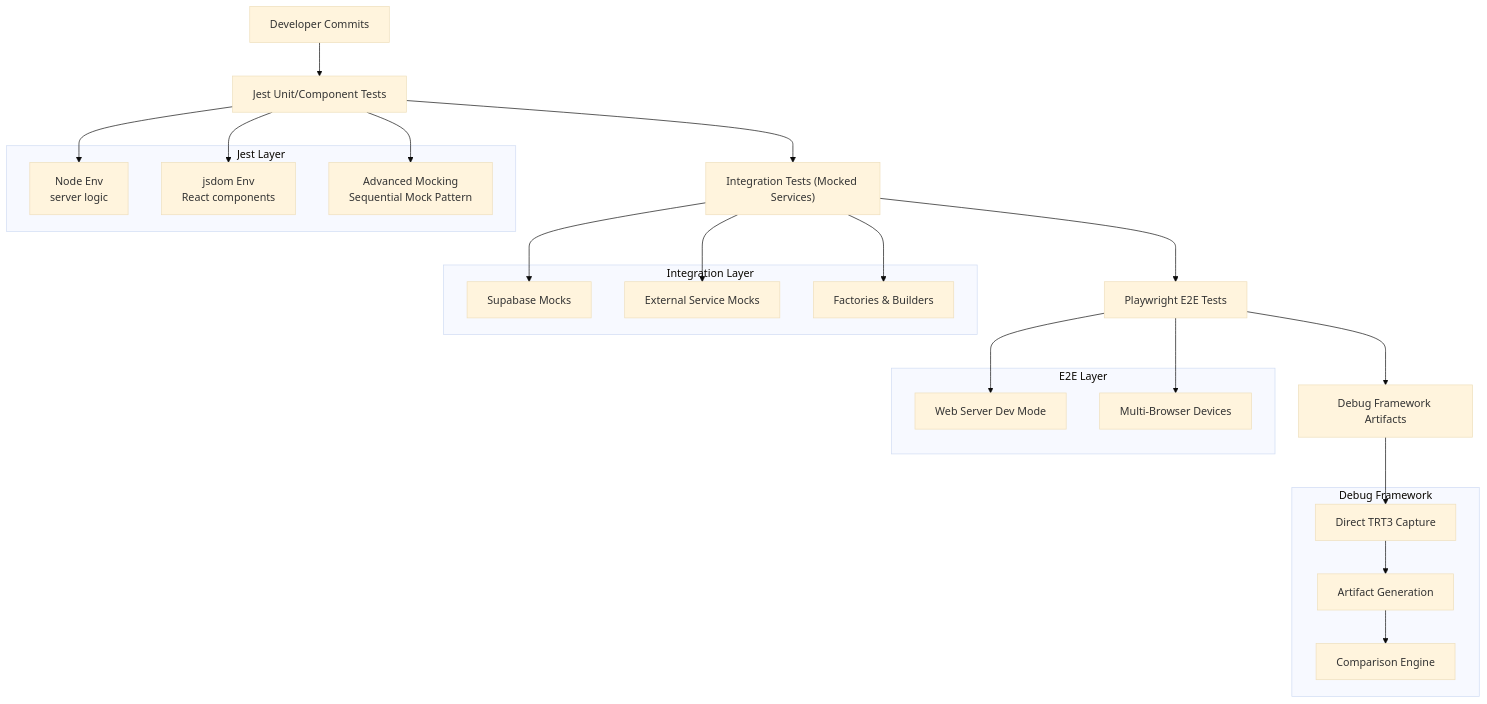
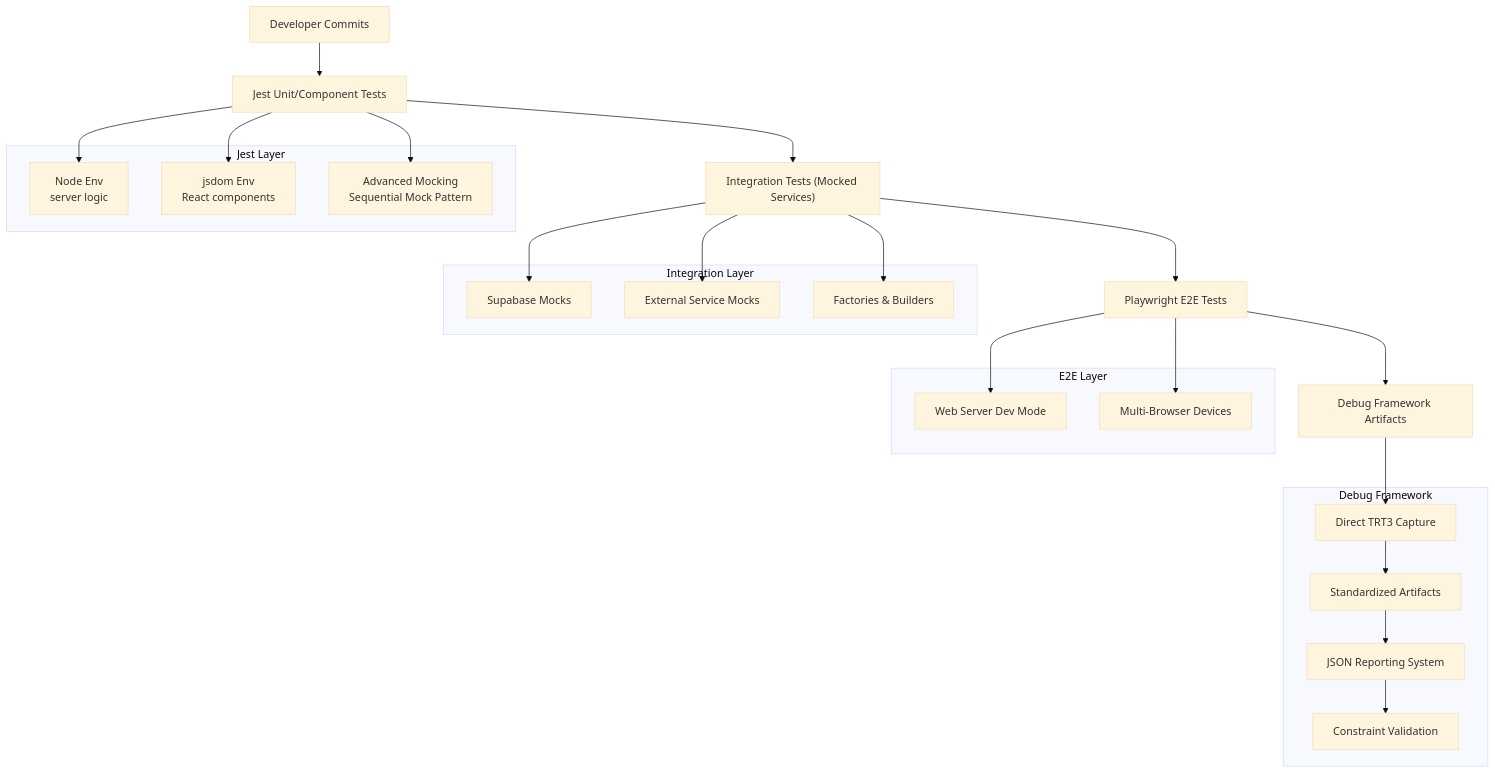
The second of 11 diagrams in .qoder/repowiki/en/content/Development Guide/Testing Strategy and Implementation.md (SinesysTech/zattar-os), drawn with Mermaid (base theme) before and after one commit. The commit also changed other lines of this file and 14 other files, not shown here.

````diff
--- a/.qoder/repowiki/en/content/Development Guide/Testing Strategy and Implementation.md
+++ b/.qoder/repowiki/en/content/Development Guide/Testing Strategy and Implementation.md
@@ -161,37 +199,39 @@
 ```mermaid
 graph TB
 A["Developer Commits"] --> B["Jest Unit/Component Tests"]
 B --> C["Integration Tests (Mocked Services)"]
 C --> D["Playwright E2E Tests"]
 D --> E["Debug Framework Artifacts"]
 subgraph "Jest Layer"
 B1["Node Env<br/>server logic"]
 B2["jsdom Env<br/>React components"]
 B3["Advanced Mocking<br/>Sequential Mock Pattern"]
 end
 subgraph "Integration Layer"
 I1["Supabase Mocks"]
 I2["External Service Mocks"]
 I3["Factories & Builders"]
 end
 subgraph "E2E Layer"
 E1["Web Server Dev Mode"]
 E2["Multi-Browser Devices"]
 end
 subgraph "Debug Framework"
 DF1["Direct TRT3 Capture"]
-DF2["Artifact Generation"]
-DF3["Comparison Engine"]
+DF2["Standardized Artifacts"]
+DF3["JSON Reporting System"]
+DF4["Constraint Validation"]
 end
 B --> B1
 B --> B2
 B --> B3
 C --> I1
 C --> I2
 C --> I3
 D --> E1
 D --> E2
 E --> DF1
 DF1 --> DF2
 DF2 --> DF3
+DF3 --> DF4
 ```
````
